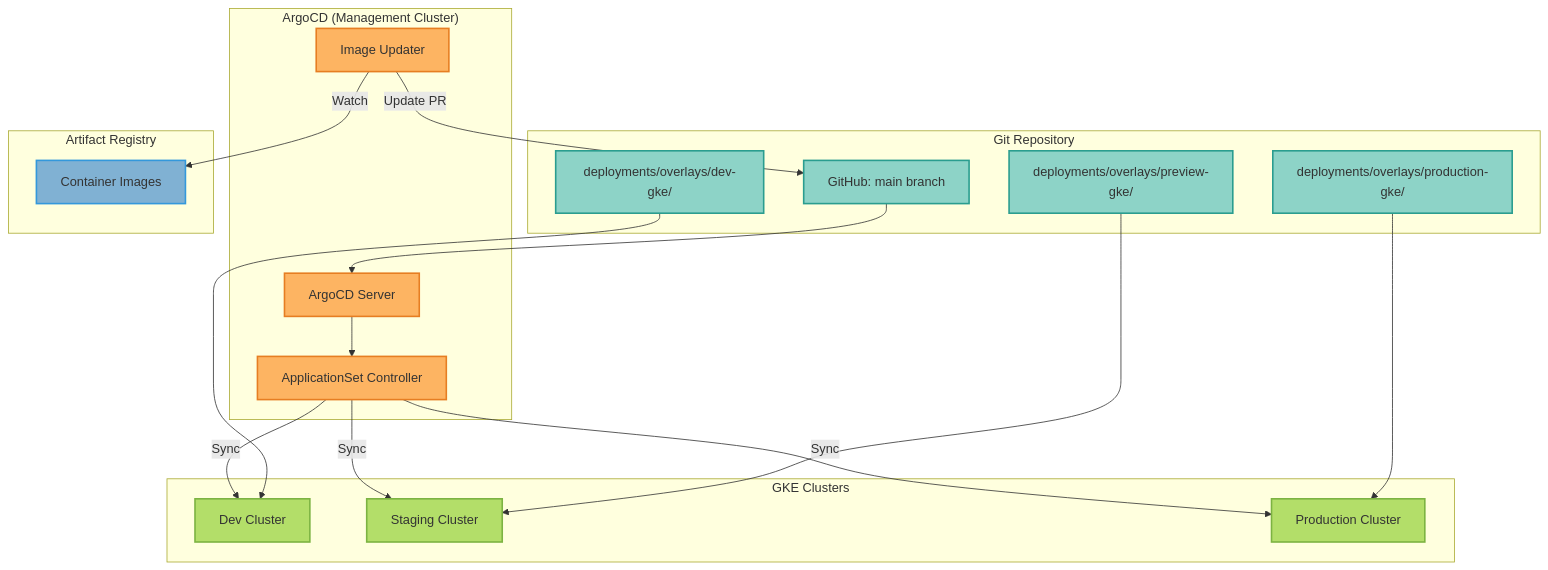
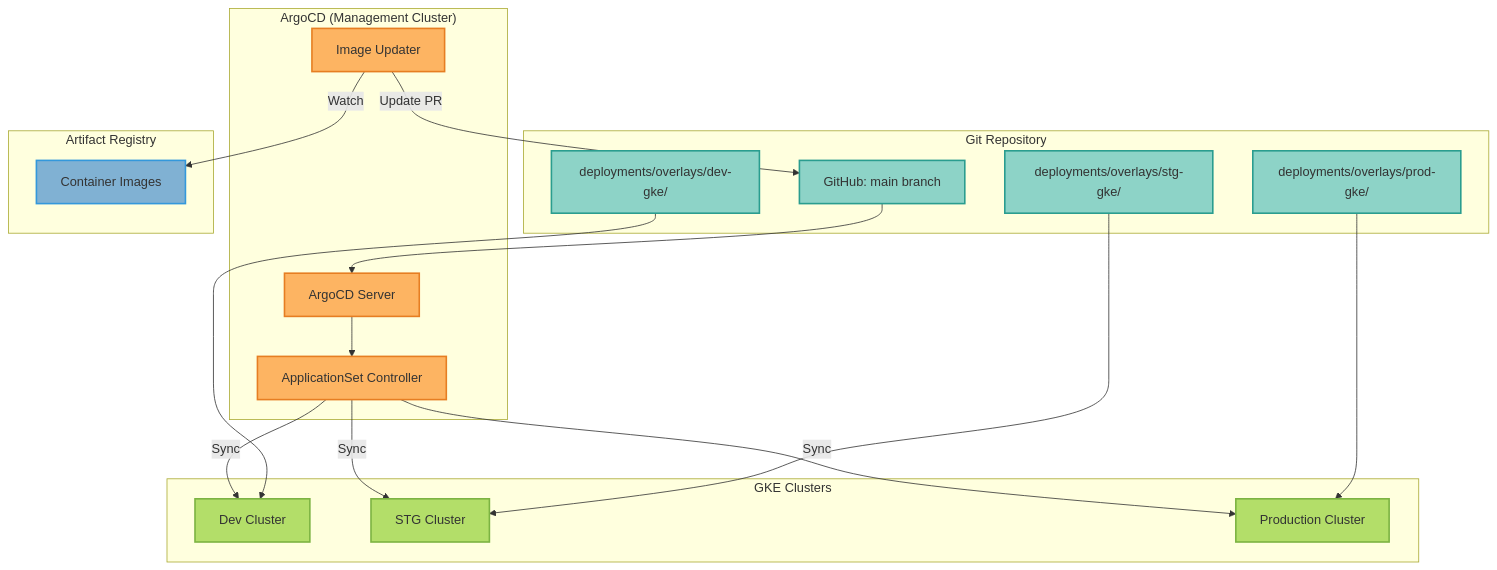
Before and after one commit to vishnu2kmohan/mcp-server-langgraph: the first of 2 diagrams in docs/deployment/gitops-argocd.mdx, drawn with Mermaid. The commit also changed other lines of this file and 500 other files, not shown here.

First line of the commit message:
refactor(infra): standardize environment naming to dev/stg/prod

````diff
--- a/docs/deployment/gitops-argocd.mdx
+++ b/docs/deployment/gitops-argocd.mdx
@@ -72,49 +72,49 @@
 ```mermaid
 flowchart TB
     subgraph "Git Repository"
         A[GitHub: main branch]
-        B[deployments/overlays/production-gke/]
-        C[deployments/overlays/preview-gke/]
+        B[deployments/overlays/prod-gke/]
+        C[deployments/overlays/stg-gke/]
         D[deployments/overlays/dev-gke/]
     end
 
     subgraph "ArgoCD (Management Cluster)"
         E[ArgoCD Server]
         F[ApplicationSet Controller]
         G[Image Updater]
     end
 
     subgraph "GKE Clusters"
         H[Dev Cluster]
-        I[Staging Cluster]
+        I[STG Cluster]
         J[Production Cluster]
     end
 
     subgraph "Artifact Registry"
         K[Container Images]
     end
 
     A --> E
     E --> F
     F -->|Sync| H
     F -->|Sync| I
     F -->|Sync| J
 
     G -->|Watch| K
     G -->|Update PR| A
 
     B --> J
     C --> I
     D --> H
 
     %% ColorBrewer2 Set3 palette - each component type uniquely colored
     classDef gitStyle fill:#8dd3c7,stroke:#2a9d8f,stroke-width:2px,color:#333
     classDef argocdStyle fill:#fdb462,stroke:#e67e22,stroke-width:2px,color:#333
     classDef clusterStyle fill:#b3de69,stroke:#7cb342,stroke-width:2px,color:#333
     classDef registryStyle fill:#80b1d3,stroke:#3498db,stroke-width:2px,color:#333
 
     class A,B,C,D gitStyle
     class E,F,G argocdStyle
     class H,I,J clusterStyle
     class K registryStyle
 ```
````
